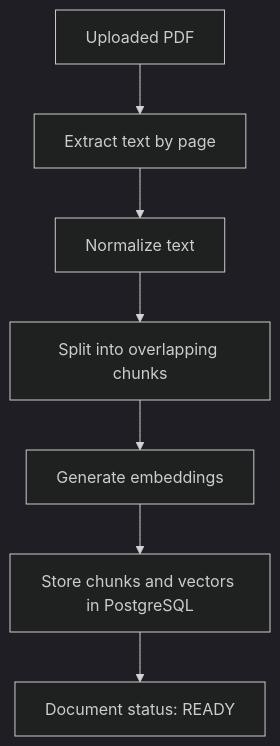
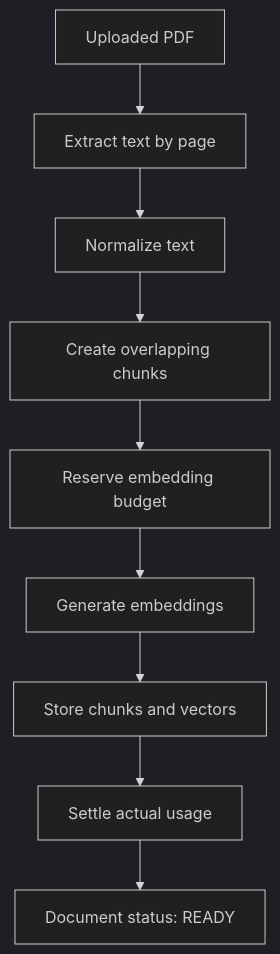
Before and after one commit to AraMatevosyan/ai-klowledge-base: the second of 4 diagrams in README.md, drawn with Mermaid (dark theme). The commit also changed other lines of this file, not shown here.

````diff
--- a/README.md
+++ b/README.md
@@ -161,9 +280,11 @@
 ```mermaid
 flowchart TD
     PDF["Uploaded PDF"] --> Extract["Extract text by page"]
     Extract --> Normalize["Normalize text"]
-    Normalize --> Chunk["Split into overlapping chunks"]
-    Chunk --> Embed["Generate embeddings"]
-    Embed --> Store["Store chunks and vectors in PostgreSQL"]
-    Store --> Ready["Document status: READY"]
+    Normalize --> Chunk["Create overlapping chunks"]
+    Chunk --> Reserve["Reserve embedding budget"]
+    Reserve --> Embed["Generate embeddings"]
+    Embed --> Store["Store chunks and vectors"]
+    Store --> Settle["Settle actual usage"]
+    Settle --> Ready["Document status: READY"]
 ```
````
